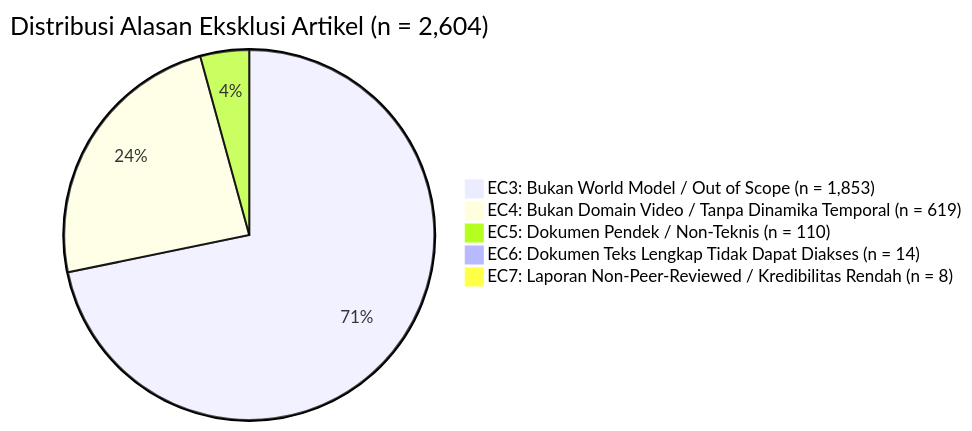
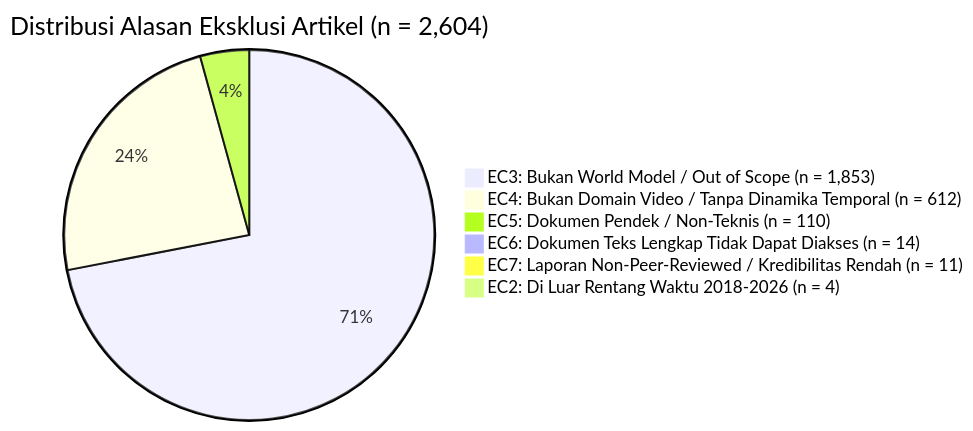
One commit to aryarefman/penulisan-ilmiah changed the second of 2 diagrams in 03_SCREENING_DAN_SELEKSI.md. Above: the diagram before and after it, drawn with Mermaid. The commit also changed other lines of this file and 1 other file, not shown here.

Commit message:
fix(screening): reconcile exclusion metrics, pie chart distribution, and flowchart criteria

````diff
--- a/03_SCREENING_DAN_SELEKSI.md
+++ b/03_SCREENING_DAN_SELEKSI.md
@@ -79,8 +79,9 @@
 ```mermaid
 pie title Distribusi Alasan Eksklusi Artikel (n = 2,604)
     "EC3: Bukan World Model / Out of Scope (n = 1,853)" : 1853
-    "EC4: Bukan Domain Video / Tanpa Dinamika Temporal (n = 619)" : 619
+    "EC4: Bukan Domain Video / Tanpa Dinamika Temporal (n = 612)" : 612
     "EC5: Dokumen Pendek / Non-Teknis (n = 110)" : 110
     "EC6: Dokumen Teks Lengkap Tidak Dapat Diakses (n = 14)" : 14
-    "EC7: Laporan Non-Peer-Reviewed / Kredibilitas Rendah (n = 8)" : 8
+    "EC7: Laporan Non-Peer-Reviewed / Kredibilitas Rendah (n = 11)" : 11
+    "EC2: Di Luar Rentang Waktu 2018-2026 (n = 4)" : 4
 ```
````
